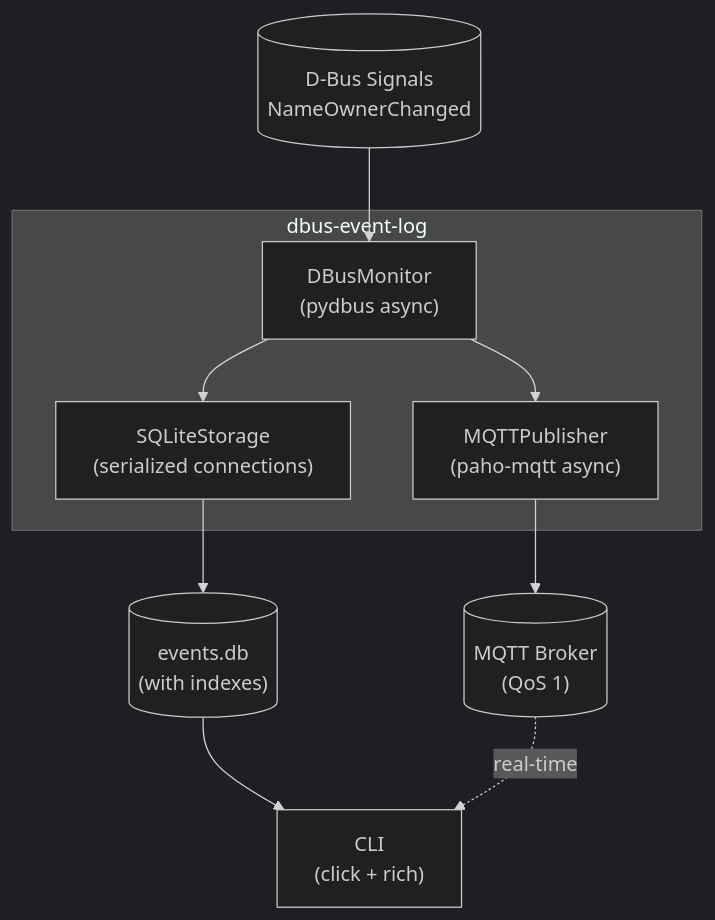
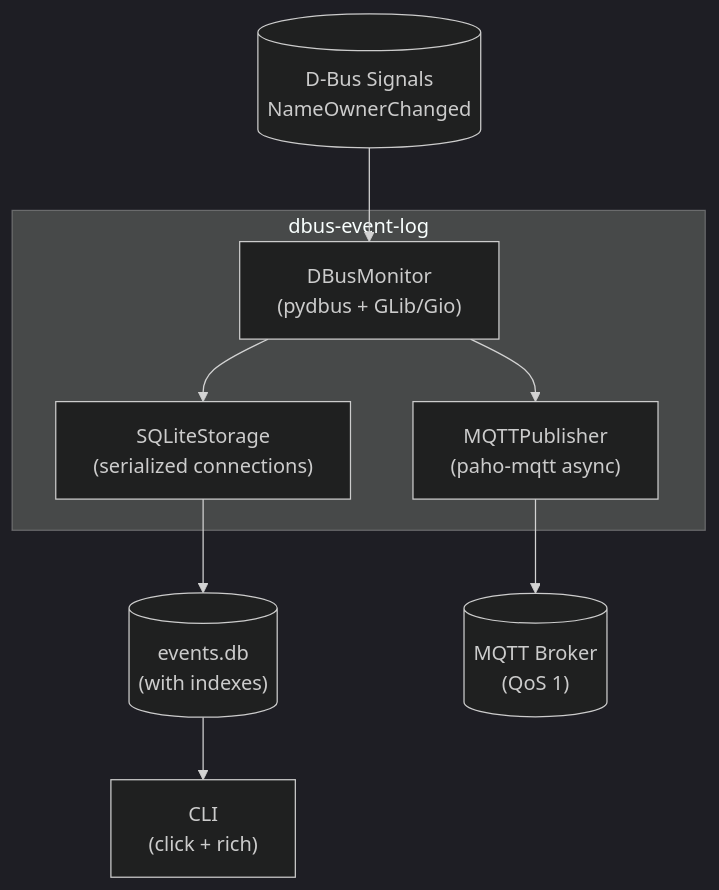
The second of 2 diagrams in README.md (victron-venus/dbus-event-log), drawn with Mermaid (dark theme) before and after one commit. The commit also changed other lines of this file and 2 other files, not shown here.

````diff
--- a/README.md
+++ b/README.md
@@ -637,21 +649,20 @@
 ```mermaid
 flowchart TB
     subgraph "dbus-event-log"
-        DBusMonitor["DBusMonitor<br/>(pydbus async)"]
+        DBusMonitor["DBusMonitor<br/>(pydbus + GLib/Gio)"]
         SQLiteStorage["SQLiteStorage<br/>(serialized connections)"]
         MQTTPublisher["MQTTPublisher<br/>(paho-mqtt async)"]
     end
 
     DBusSignals[("D-Bus Signals<br/>NameOwnerChanged")]
     EventsDB[("events.db<br/>(with indexes)")]
     MQTTBroker[("MQTT Broker<br/>(QoS 1)")]
     CLI["CLI<br/>(click + rich)"]
 
     DBusSignals --> DBusMonitor
     DBusMonitor --> SQLiteStorage
     DBusMonitor --> MQTTPublisher
     SQLiteStorage --> EventsDB
     MQTTPublisher --> MQTTBroker
     EventsDB --> CLI
-    MQTTBroker -.->|real-time| CLI
 ```
````
